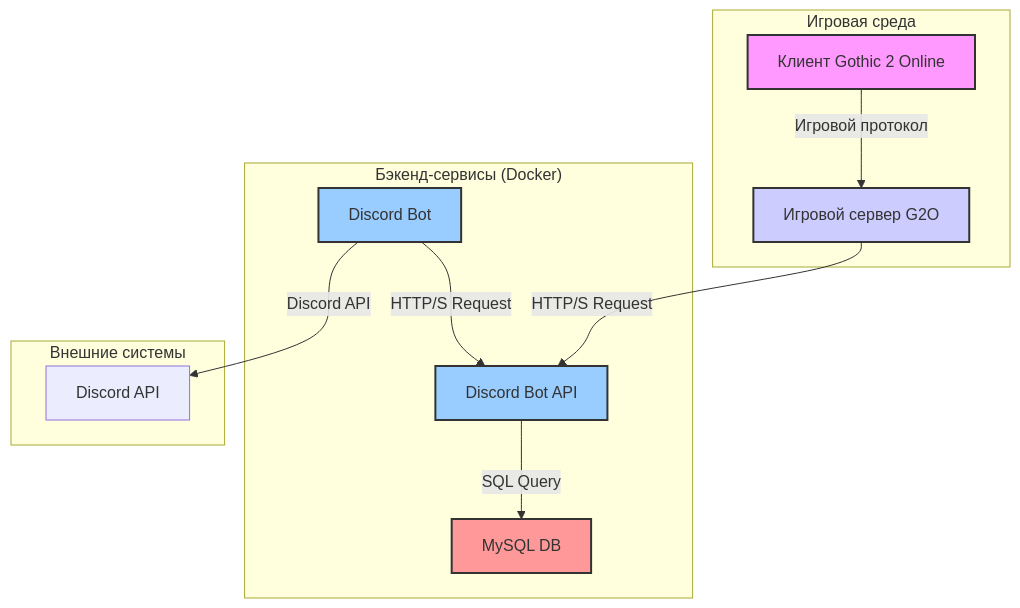
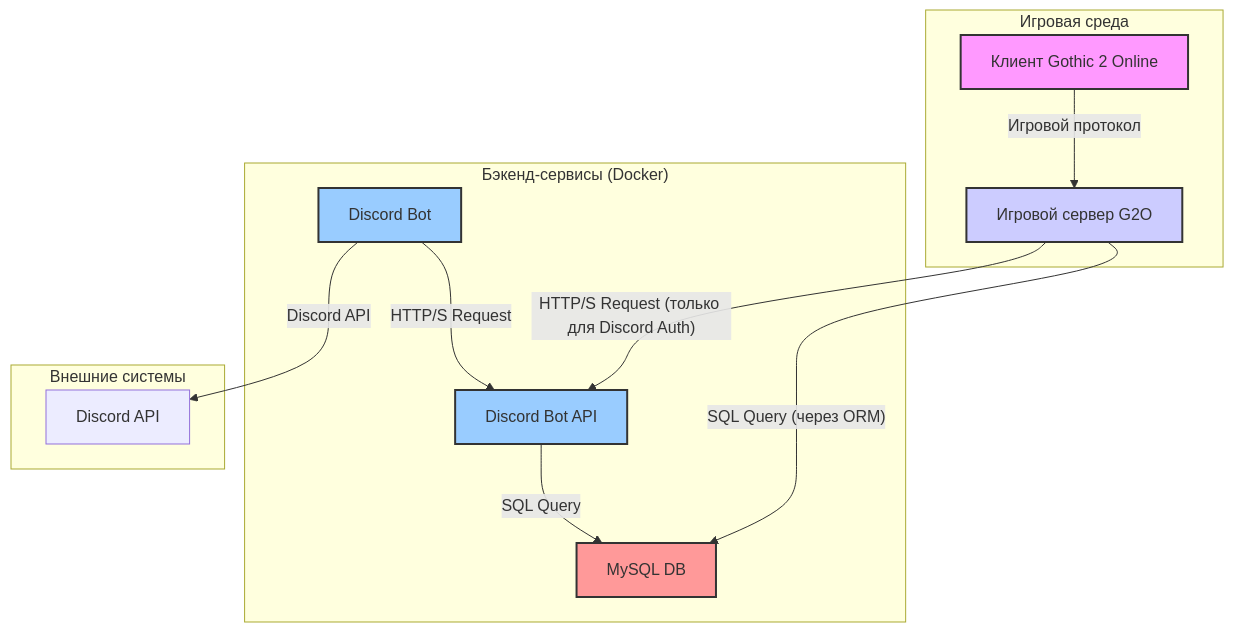
Before and after one commit to CEhresmann/Gothic-II-RolePlay: the diagram in documentation/architecture.md, drawn with Mermaid. The commit also changed other lines of this file and 7 other files, not shown here.

````diff
--- a/documentation/architecture.md
+++ b/documentation/architecture.md
@@ -9,29 +9,32 @@
 ```mermaid
 graph TD
     subgraph "Игровая среда"
         G2O_Client[Клиент Gothic 2 Online]
         G2O_Server[Игровой сервер G2O]
     end
 
     subgraph "Бэкенд-сервисы (Docker)"
         DiscordBotAPI[Discord Bot API ]
         DiscordBot[Discord Bot]
         Database[MySQL DB]
     end
 
     subgraph "Внешние системы"
         DiscordAPI[Discord API]
     end
 
     G2O_Client -- Игровой протокол --> G2O_Server
-    G2O_Server -- HTTP/S Request --> DiscordBotAPI
+    
+    G2O_Server -- SQL Query (через ORM) --> Database
+    G2O_Server -- HTTP/S Request (только для Discord Auth) --> DiscordBotAPI
+
     DiscordBotAPI -- SQL Query --> Database
     DiscordBot -- HTTP/S Request --> DiscordBotAPI
     DiscordBot -- Discord API --> DiscordAPI
 
     style G2O_Client fill:#f9f,stroke:#333,stroke-width:2px
     style G2O_Server fill:#ccf,stroke:#333,stroke-width:2px
     style DiscordBotAPI fill:#9cf,stroke:#333,stroke-width:2px
     style DiscordBot fill:#9cf,stroke:#333,stroke-width:2px
     style Database fill:#f99,stroke:#333,stroke-width:2px
 ```
````
